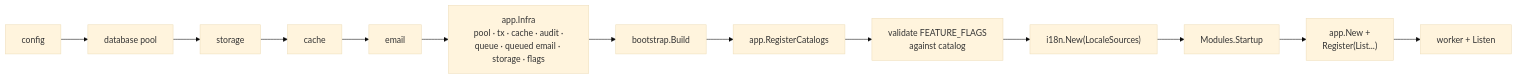
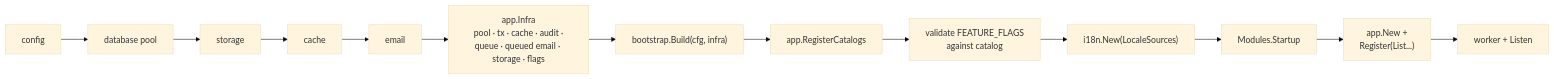
Before and after one commit to chuanghiduoc/fiber-golang-boilerplate: the sixth of 6 diagrams in docs/module-template.md, drawn with Mermaid (base theme). The commit also changed other lines of this file and 182 other files, not shown here.

````diff
--- a/docs/module-template.md
+++ b/docs/module-template.md
@@ -690,7 +720,7 @@
 ```mermaid
 flowchart LR
     A[config] --> B[database pool] --> C[storage] --> D[cache] --> E[email]
     E --> F["app.Infra<br/>pool · tx · cache · audit ·<br/>queue · queued email · storage · flags"]
-    F --> G[bootstrap.Build] --> H[app.RegisterCatalogs] --> I["validate FEATURE_FLAGS<br/>against catalog"]
+    F --> G["bootstrap.Build(cfg, infra)"] --> H[app.RegisterCatalogs] --> I["validate FEATURE_FLAGS<br/>against catalog"]
     I --> J["i18n.New(LocaleSources)"] --> K[Modules.Startup] --> L["app.New +<br/>Register(List...)"] --> M[worker + Listen]
 ```
````
